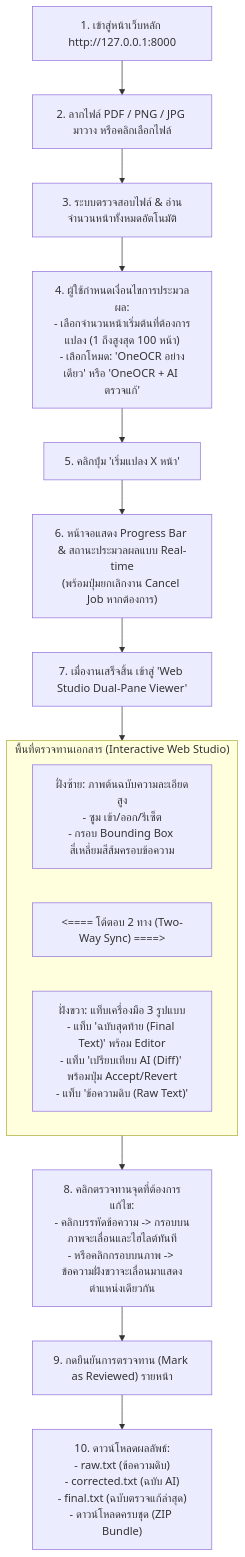
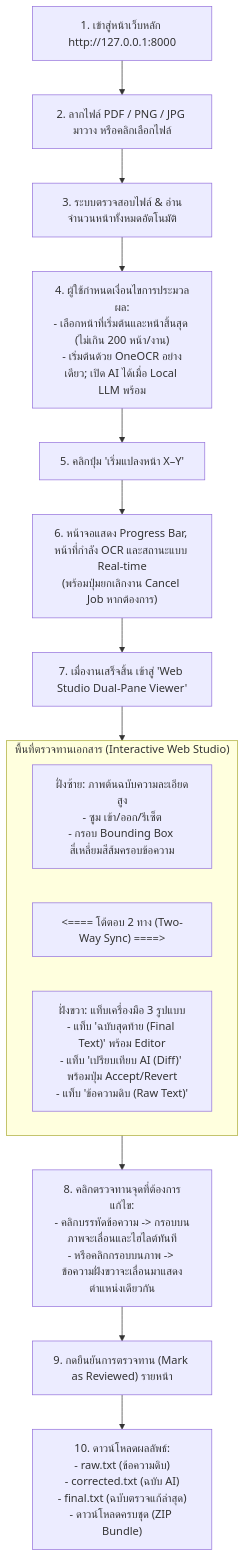
Before and after one commit to anuwatm/pdf-ocr-studio: the fifth of 5 diagrams in readme.md, drawn with Mermaid. The commit also changed other lines of this file and 9 other files, not shown here.

````diff
--- a/readme.md
+++ b/readme.md
@@ -257,25 +285,25 @@
 ```mermaid
 flowchart TD
     Step1["1. เข้าสู่หน้าเว็บหลัก http://127.0.0.1:8000"] --> Step2["2. ลากไฟล์ PDF / PNG / JPG มาวาง หรือคลิกเลือกไฟล์"]
     Step2 --> Step3["3. ระบบตรวจสอบไฟล์ & อ่านจำนวนหน้าทั้งหมดอัตโนมัติ"]
     
-    Step3 --> Step4["4. ผู้ใช้กำหนดเงื่อนไขการประมวลผล:<br/>- เลือกจำนวนหน้าเริ่มต้นที่ต้องการแปลง (1 ถึงสูงสุด 100 หน้า)<br/>- เลือกโหมด: 'OneOCR อย่างเดียว' หรือ 'OneOCR + AI ตรวจแก้'"]
+    Step3 --> Step4["4. ผู้ใช้กำหนดเงื่อนไขการประมวลผล:<br/>- เลือกหน้าที่เริ่มต้นและหน้าสิ้นสุด (ไม่เกิน 200 หน้า/งาน)<br/>- เริ่มต้นด้วย OneOCR อย่างเดียว; เปิด AI ได้เมื่อ Local LLM พร้อม"]
     
-    Step4 --> Step5["5. คลิกปุ่ม 'เริ่มแปลง X หน้า'"]
-    Step5 --> Step6["6. หน้าจอแสดง Progress Bar & สถานะประมวลผลแบบ Real-time<br/>(พร้อมปุ่มยกเลิกงาน Cancel Job หากต้องการ)"]
+    Step4 --> Step5["5. คลิกปุ่ม 'เริ่มแปลงหน้า X–Y'"]
+    Step5 --> Step6["6. หน้าจอแสดง Progress Bar, หน้าที่กำลัง OCR และสถานะแบบ Real-time<br/>(พร้อมปุ่มยกเลิกงาน Cancel Job หากต้องการ)"]
     
     Step6 --> Step7["7. เมื่องานเสร็จสิ้น เข้าสู่ 'Web Studio Dual-Pane Viewer'"]
     
     subgraph ReviewStudio ["พื้นที่ตรวจทานเอกสาร (Interactive Web Studio)"]
         direction LR
         LeftPane["ฝั่งซ้าย: ภาพต้นฉบับความละเอียดสูง<br/>- ซูม เข้า/ออก/รีเซ็ต<br/>- กรอบ Bounding Box สี่เหลี่ยมสีส้มครอบข้อความ"]
         SyncArrows["<==== โต้ตอบ 2 ทาง (Two-Way Sync) ====>"]
         RightPane["ฝั่งขวา: แท็บเครื่องมือ 3 รูปแบบ<br/>- แท็บ 'ฉบับสุดท้าย (Final Text)' พร้อม Editor<br/>- แท็บ 'เปรียบเทียบ AI (Diff)' พร้อมปุ่ม Accept/Revert<br/>- แท็บ 'ข้อความดิบ (Raw Text)'"]
     end
     
     Step7 --> ReviewStudio
     ReviewStudio --> Step8["8. คลิกตรวจทานจุดที่ต้องการแก้ไข:<br/>- คลิกบรรทัดข้อความ -> กรอบบนภาพจะเลื่อนและไฮไลต์ทันที<br/>- หรือคลิกกรอบบนภาพ -> ข้อความฝั่งขวาจะเลื่อนมาแสดงตำแหน่งเดียวกัน"]
     
     Step8 --> Step9["9. กดยืนยันการตรวจทาน (Mark as Reviewed) รายหน้า"]
     Step9 --> Step10["10. ดาวน์โหลดผลลัพธ์:<br/>- raw.txt (ข้อความดิบ)<br/>- corrected.txt (ฉบับ AI)<br/>- final.txt (ฉบับตรวจแก้ล่าสุด)<br/>- ดาวน์โหลดครบชุด (ZIP Bundle)"]
 ```
````
